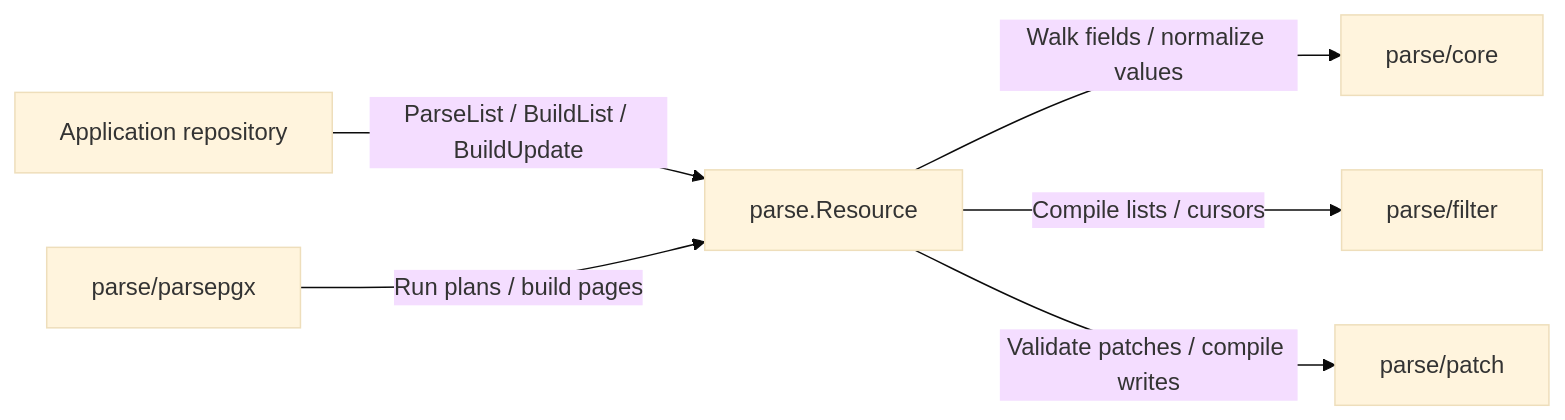
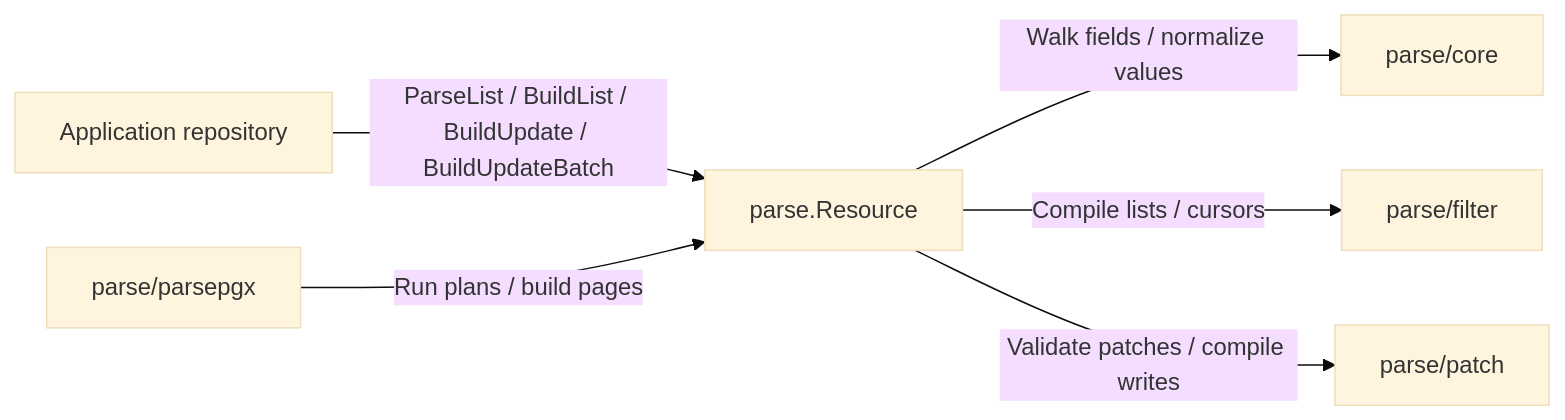
Before and after one commit to ashtonian/pkg: the diagram in parse/README.md, drawn with Mermaid (base theme). The commit also changed other lines of this file and 9 other files, not shown here.

````diff
--- a/parse/README.md
+++ b/parse/README.md
@@ -7,8 +7,8 @@
 ```mermaid
 flowchart LR
-    repo["Application repository"] -->|"ParseList / BuildList / BuildUpdate"| resource["parse.Resource"]
+    repo["Application repository"] -->|"ParseList / BuildList / BuildUpdate / BuildUpdateBatch"| resource["parse.Resource"]
     pgx["parse/parsepgx"] -->|"Run plans / build pages"| resource
     resource -->|"Walk fields / normalize values"| core["parse/core"]
     resource -->|"Compile lists / cursors"| filter["parse/filter"]
     resource -->|"Validate patches / compile writes"| patch["parse/patch"]
 ```
````
